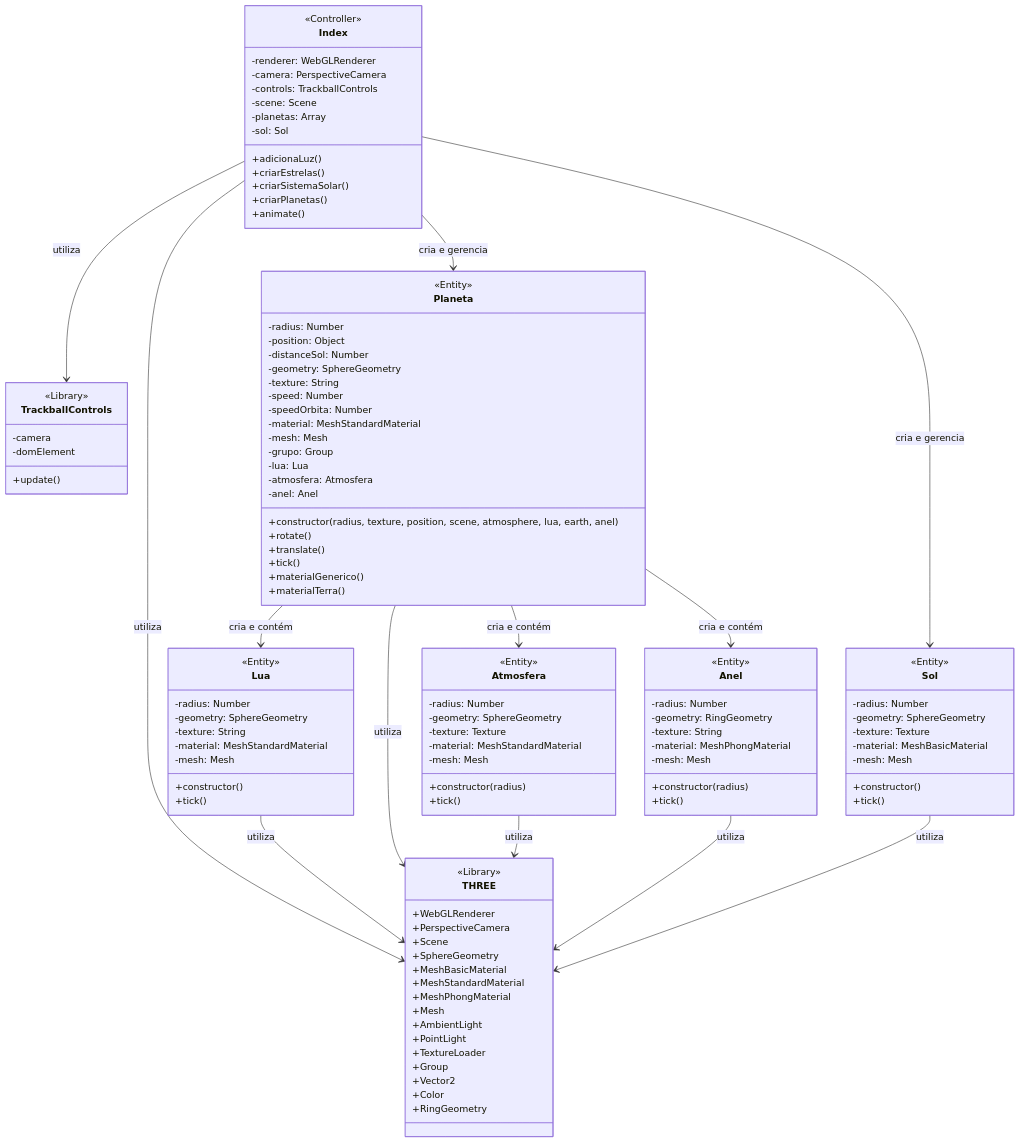
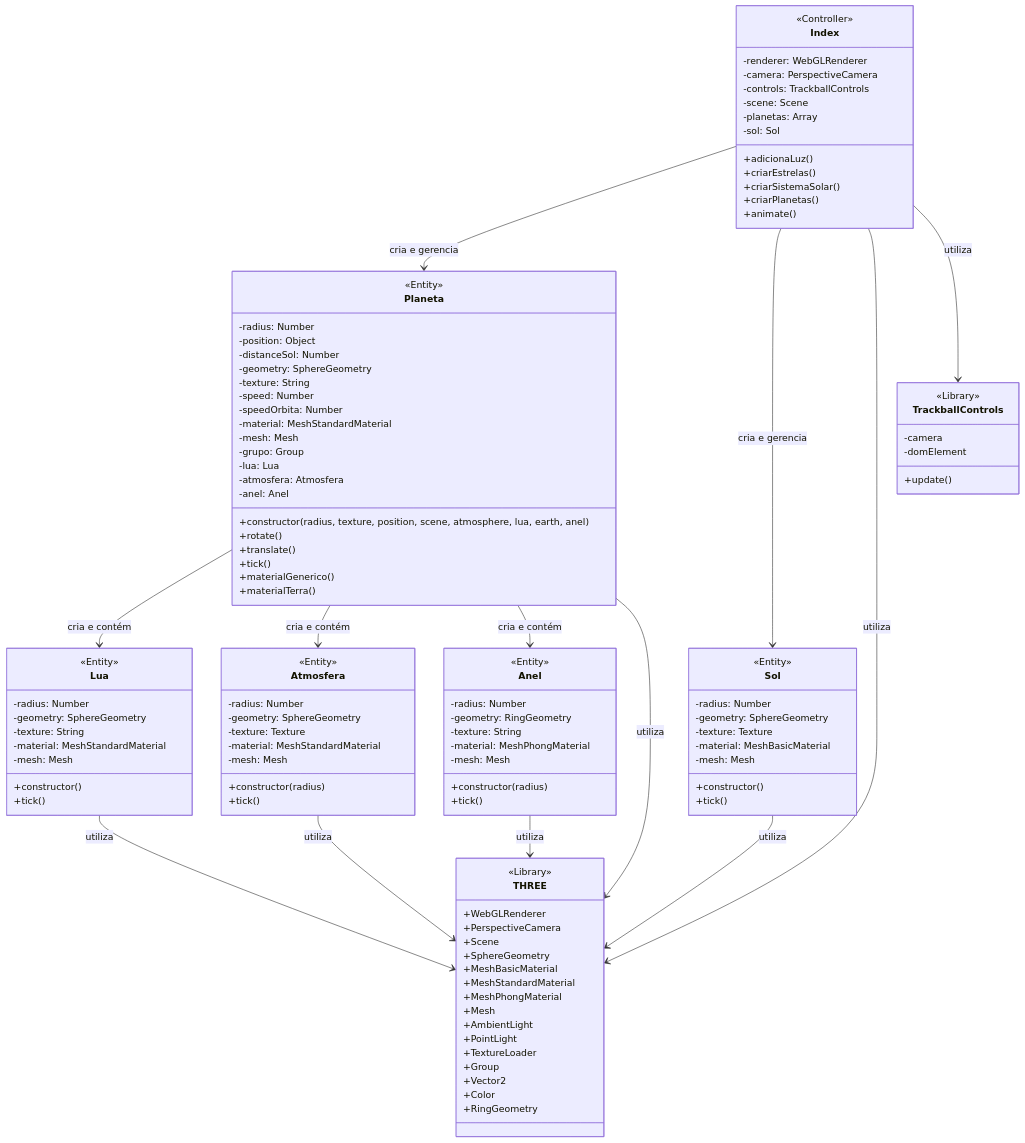
Before and after one commit to StephanyeCunto/ComputacaoGrafica: the diagram in README.md, drawn with Mermaid.

````diff
--- a/README.md
+++ b/README.md
@@ -102,22 +102,22 @@
 ```mermaid
 classDiagram
  class THREE {
- <<Library>>
- +WebGLRenderer
- +PerspectiveCamera
- +Scene
- +SphereGeometry
- +MeshBasicMaterial
- +MeshStandardMaterial
- +MeshPhongMaterial
- +Mesh
- +AmbientLight
- +PointLight
- +TextureLoader
- +Group
- +Vector2
- +Color
- +RingGeometry
+   <<Library>>
+   +WebGLRenderer
+   +PerspectiveCamera
+   +Scene
+   +SphereGeometry
+   +MeshBasicMaterial
+   +MeshStandardMaterial
+   +MeshPhongMaterial
+   +Mesh
+   +AmbientLight
+   +PointLight
+   +TextureLoader
+   +Group
+   +Vector2
+   +Color
+   +RingGeometry
  }
  class TrackballControls {
  <<Library>>
@@ -206,12 +206,12 @@
  Planeta --> Lua : cria e contém
  Planeta --> Atmosfera : cria e contém
  Planeta --> Anel : cria e contém
+ Planeta --> THREE : utiliza
  Index --> Planeta : cria e gerencia
  Index --> Sol : cria e gerencia
  Index --> THREE : utiliza
  Index --> TrackballControls : utiliza
  Lua --> THREE : utiliza
- Planeta --> THREE : utiliza
  Atmosfera --> THREE : utiliza
  Anel --> THREE : utiliza
  Sol --> THREE : utiliza
````
